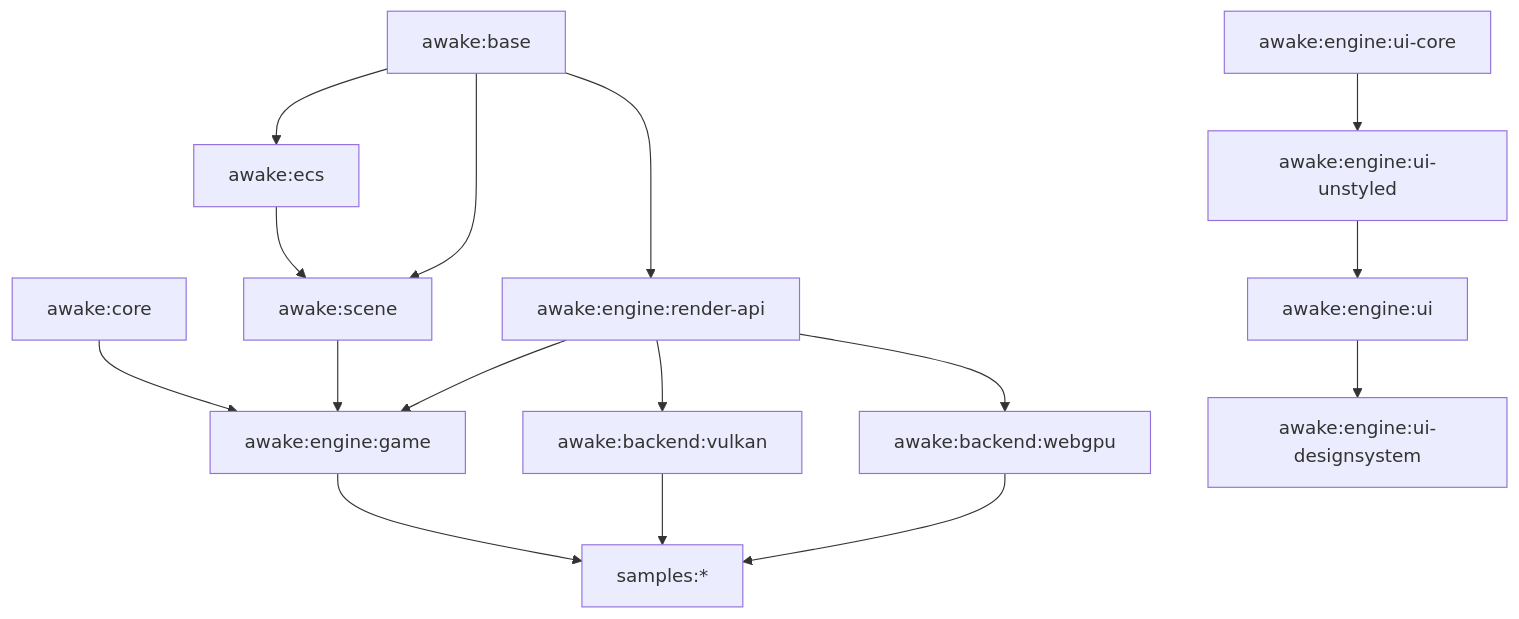
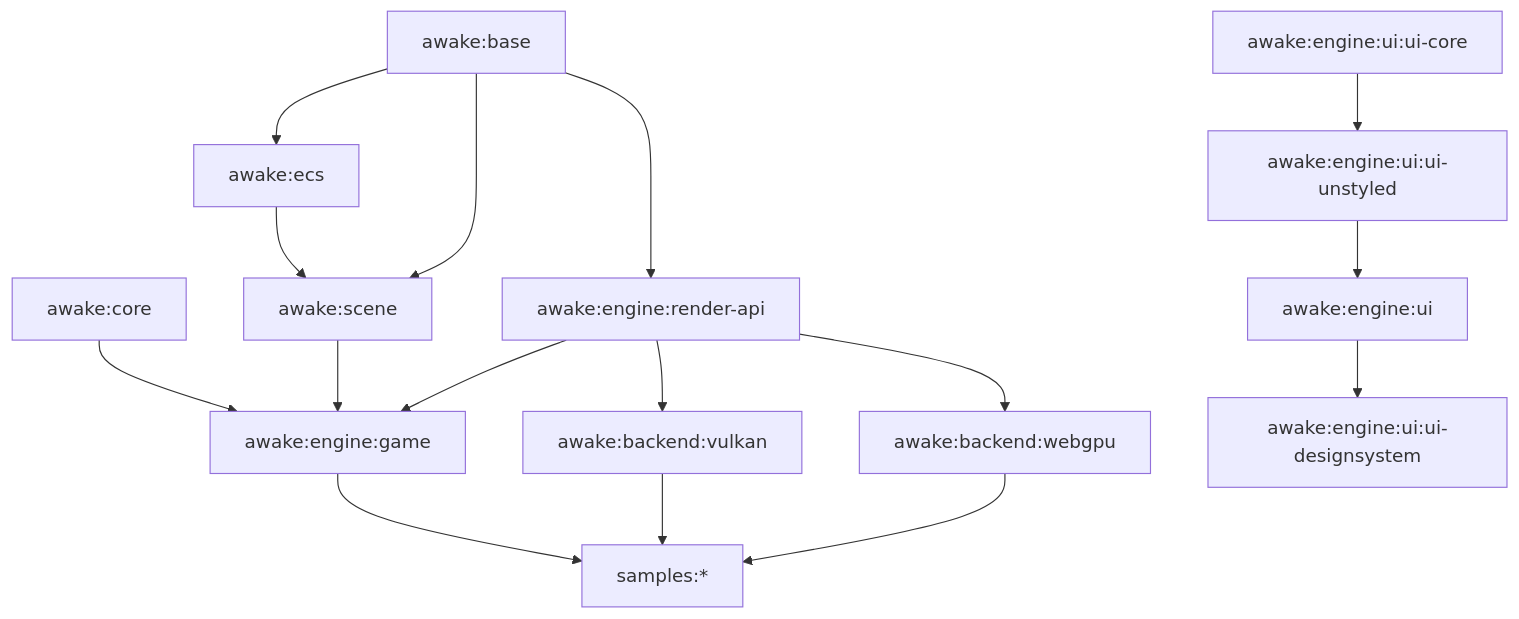
Before and after one commit to awake-lab/awake: the diagram in docs/architecture.md, drawn with Mermaid. The commit also changed other lines of this file and 21 other files, not shown here.

````diff
--- a/docs/architecture.md
+++ b/docs/architecture.md
@@ -17,32 +17,32 @@
 ```mermaid
 flowchart TD
     base["awake:base"]
     core["awake:core"]
     ecs["awake:ecs"]
     scene["awake:scene"]
     render["awake:engine:render-api"]
     game["awake:engine:game"]
-    uiCore["awake:engine:ui-core"]
-    uiWidgets["awake:engine:ui-unstyled"]
+    uiCore["awake:engine:ui:ui-core"]
+    uiWidgets["awake:engine:ui:ui-unstyled"]
     ui["awake:engine:ui"]
-    uiDs["awake:engine:ui-designsystem"]
+    uiDs["awake:engine:ui:ui-designsystem"]
     vulkan["awake:backend:vulkan"]
     webgpu["awake:backend:webgpu"]
     samples["samples:*"]
 
     core --> game
     base --> ecs
     base --> scene
     base --> render
     ecs --> scene
     render --> game
     scene --> game
     uiCore --> uiWidgets
     uiWidgets --> ui
     ui --> uiDs
     game --> samples
     render --> vulkan
     render --> webgpu
     vulkan --> samples
     webgpu --> samples
 ```
````
